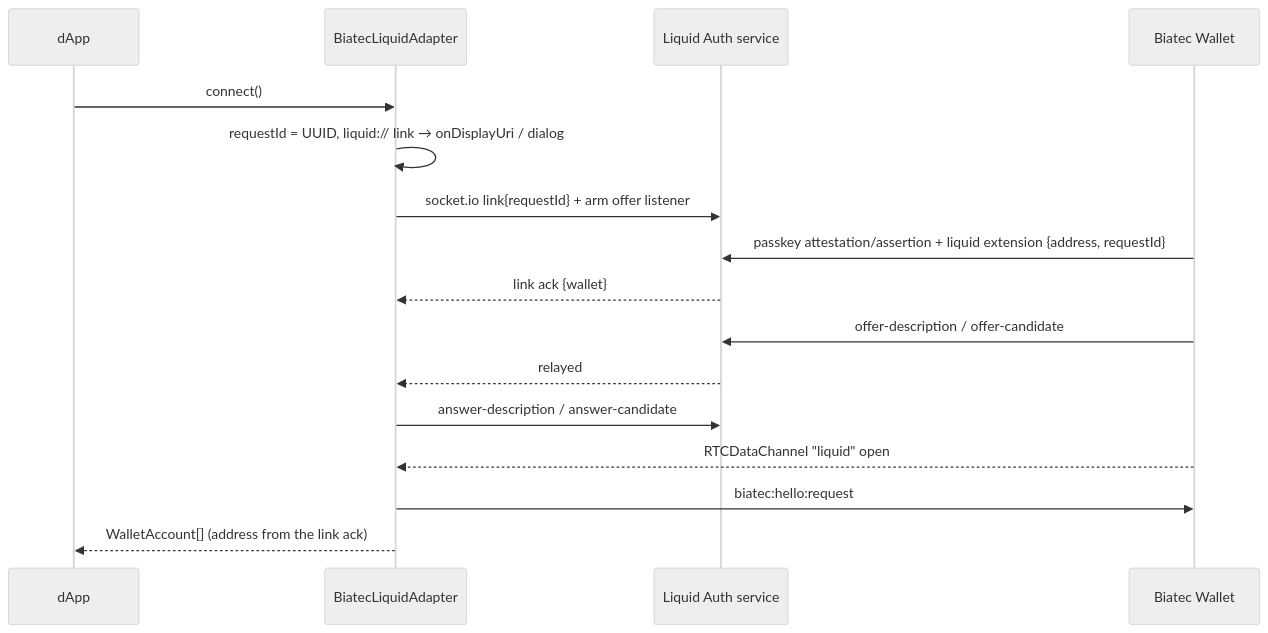
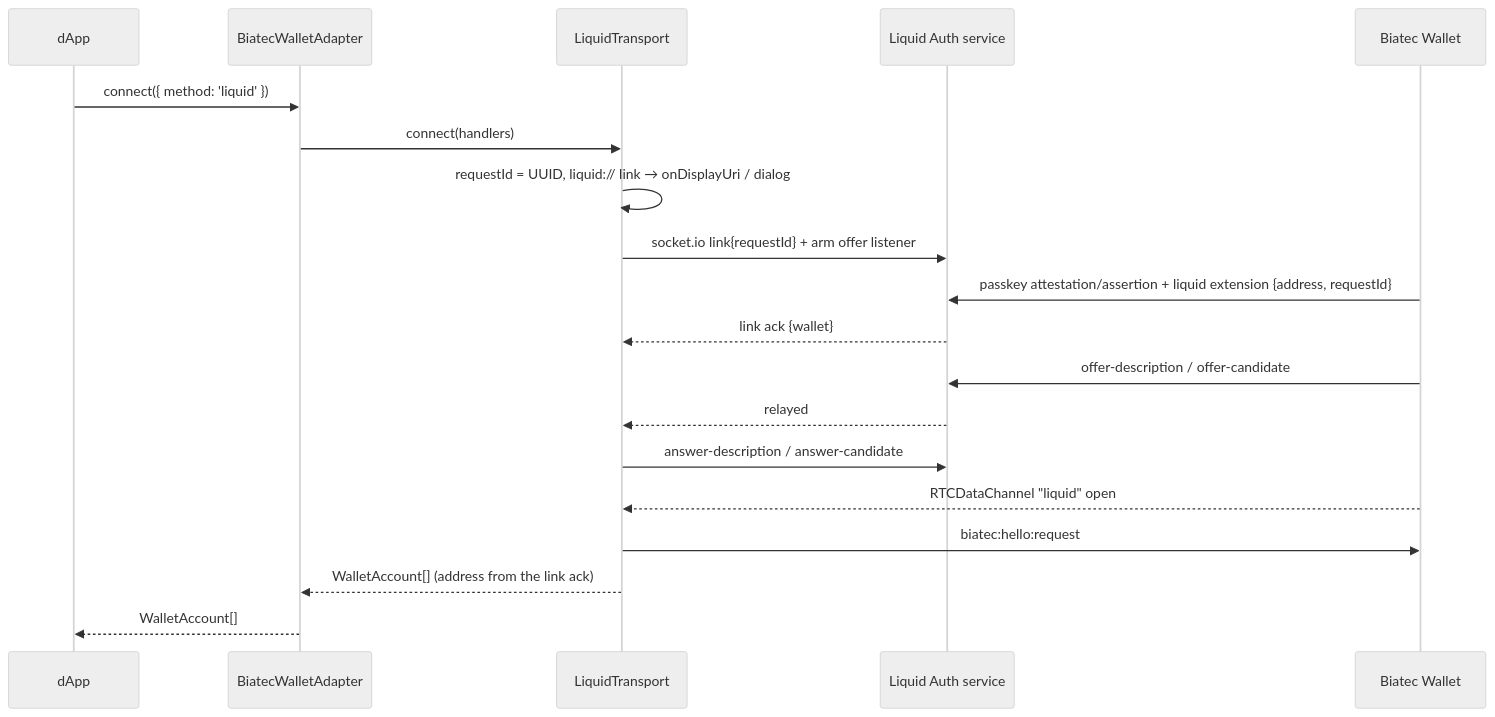
Before and after one commit to scholtz/biatec-wallet-use-wallet-client: the second of 2 diagrams in docs/ARCHITECTURE.md, drawn with Mermaid (neutral theme). The commit also changed other lines of this file and 26 other files, not shown here.

First line of the commit message:
feat: add WalletConnect transport for Biatec Wallet adapter

````diff
--- a/docs/ARCHITECTURE.md
+++ b/docs/ARCHITECTURE.md
@@ -152,19 +202,22 @@
 ```mermaid
 sequenceDiagram
     participant App as dApp
-    participant Adapter as BiatecLiquidAdapter
+    participant Adapter as BiatecWalletAdapter
+    participant Transport as LiquidTransport
     participant Service as Liquid Auth service
     participant Wallet as Biatec Wallet
 
-    App->>Adapter: connect()
-    Adapter->>Adapter: requestId = UUID, liquid:// link → onDisplayUri / dialog
-    Adapter->>Service: socket.io link{requestId} + arm offer listener
+    App->>Adapter: connect({ method: 'liquid' })
+    Adapter->>Transport: connect(handlers)
+    Transport->>Transport: requestId = UUID, liquid:// link → onDisplayUri / dialog
+    Transport->>Service: socket.io link{requestId} + arm offer listener
     Wallet->>Service: passkey attestation/assertion + liquid extension {address, requestId}
-    Service-->>Adapter: link ack {wallet}
+    Service-->>Transport: link ack {wallet}
     Wallet->>Service: offer-description / offer-candidate
-    Service-->>Adapter: relayed
-    Adapter->>Service: answer-description / answer-candidate
-    Wallet-->>Adapter: RTCDataChannel "liquid" open
-    Adapter->>Wallet: biatec:hello:request
-    Adapter-->>App: WalletAccount[] (address from the link ack)
+    Service-->>Transport: relayed
+    Transport->>Service: answer-description / answer-candidate
+    Wallet-->>Transport: RTCDataChannel "liquid" open
+    Transport->>Wallet: biatec:hello:request
+    Transport-->>Adapter: WalletAccount[] (address from the link ack)
+    Adapter-->>App: WalletAccount[]
 ```
````
